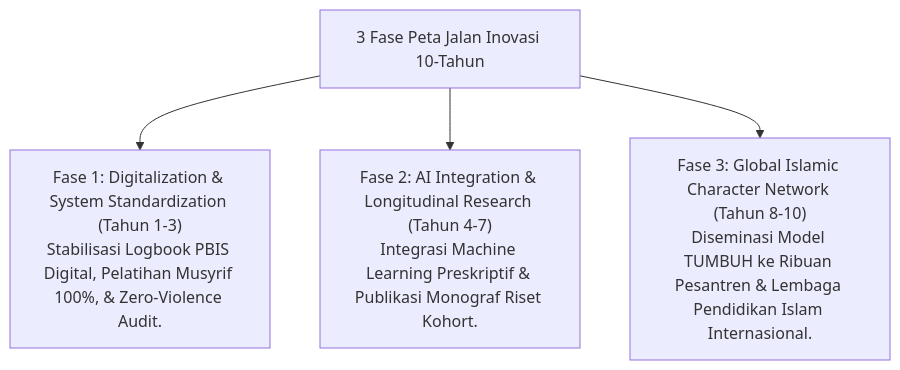
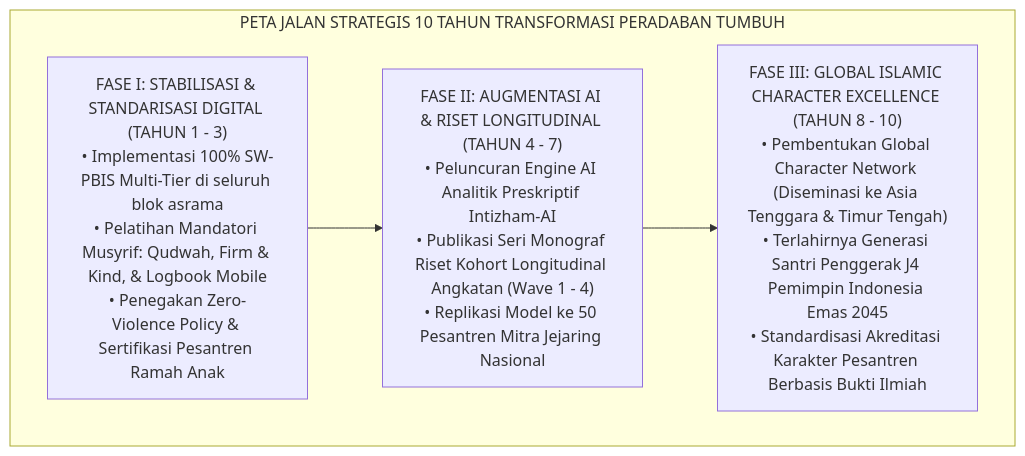
One commit to wandiapriliyandi/tumbuh changed the first of 2 diagrams in 08 Integrated Approaches/07 Future Approaches/P8-07-03-Peta-Jalan-Inovasi-Masa-Depan-Pendidikan-Karakter-Pesantren.md. Above: the diagram before and after it, drawn with Mermaid. The commit also changed other lines of this file and 3 other files, not shown here.

````diff
--- a/08 Integrated Approaches/07 Future Approaches/P8-07-03-Peta-Jalan-Inovasi-Masa-Depan-Pendidikan-Karakter-Pesantren.md
+++ b/08 Integrated Approaches/07 Future Approaches/P8-07-03-Peta-Jalan-Inovasi-Masa-Depan-Pendidikan-Karakter-Pesantren.md
@@ -14,7 +28,9 @@
 ```mermaid
-graph TD
-    RoadmapPhases["3 Fase Peta Jalan Inovasi 10-Tahun"]
-    RoadmapPhases --> Phase1["Fase 1: Digitalization & System Standardization (Tahun 1-3)<br/>Stabilisasi Logbook PBIS Digital, Pelatihan Musyrif 100%, & Zero-Violence Audit."]
-    RoadmapPhases --> Phase2["Fase 2: AI Integration & Longitudinal Research (Tahun 4-7)<br/>Integrasi Machine Learning Preskriptif & Publikasi Monograf Riset Kohort."]
-    RoadmapPhases --> Phase3["Fase 3: Global Islamic Character Network (Tahun 8-10)<br/>Diseminasi Model TUMBUH ke Ribuan Pesantren & Lembaga Pendidikan Islam Internasional."]
+flowchart TD
+    subgraph TenYearRoadmap["PETA JALAN STRATEGIS 10 TAHUN TRANSFORMASI PERADABAN TUMBUH"]
+        F1["FASE I: STABILISASI & STANDARISASI DIGITAL (TAHUN 1 - 3)<br/>• Implementasi 100% SW-PBIS Multi-Tier di seluruh blok asrama<br/>• Pelatihan Mandatori Musyrif: Qudwah, Firm & Kind, & Logbook Mobile<br/>• Penegakan Zero-Violence Policy & Sertifikasi Pesantren Ramah Anak"]
+        F2["FASE II: AUGMENTASI AI & RISET LONGITUDINAL (TAHUN 4 - 7)<br/>• Peluncuran Engine AI Analitik Preskriptif Intizham-AI<br/>• Publikasi Seri Monograf Riset Kohort Longitudinal Angkatan (Wave 1 - 4)<br/>• Replikasi Model ke 50 Pesantren Mitra Jejaring Nasional"]
+        F3["FASE III: GLOBAL ISLAMIC CHARACTER EXCELLENCE (TAHUN 8 - 10)<br/>• Pembentukan Global Character Network (Diseminasi ke Asia Tenggara & Timur Tengah)<br/>• Terlahirnya Generasi Santri Penggerak J4 Pemimpin Indonesia Emas 2045<br/>• Standardisasi Akreditasi Karakter Pesantren Berbasis Bukti Ilmiah"]
+        F1 --> F2 --> F3
+    end
 ```
````
